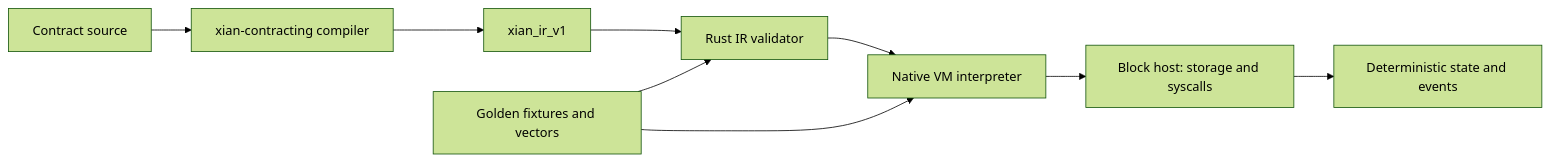
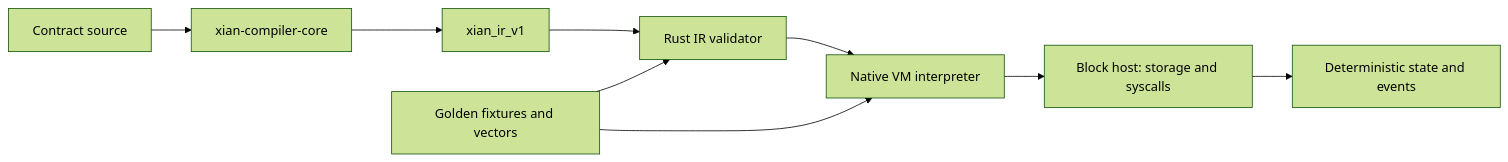
One commit to xian-technology/xian-contracting changed the diagram in packages/xian-vm-core/README.md. Above: the diagram before and after it, drawn with Mermaid (forest theme). The commit also changed other lines of this file and 7 other files, not shown here.

````diff
--- a/packages/xian-vm-core/README.md
+++ b/packages/xian-vm-core/README.md
@@ -5,11 +5,11 @@
 ```mermaid
 flowchart LR
-  Source["Contract source"] --> Compiler["xian-contracting compiler"]
+  Source["Contract source"] --> Compiler["xian-compiler-core"]
   Compiler --> IR["xian_ir_v1"]
   IR --> Validator["Rust IR validator"]
   Validator --> VM["Native VM interpreter"]
   VM --> Host["Block host: storage and syscalls"]
   Host --> State["Deterministic state and events"]
   Fixtures["Golden fixtures and vectors"] --> Validator
   Fixtures --> VM
 ```
````
